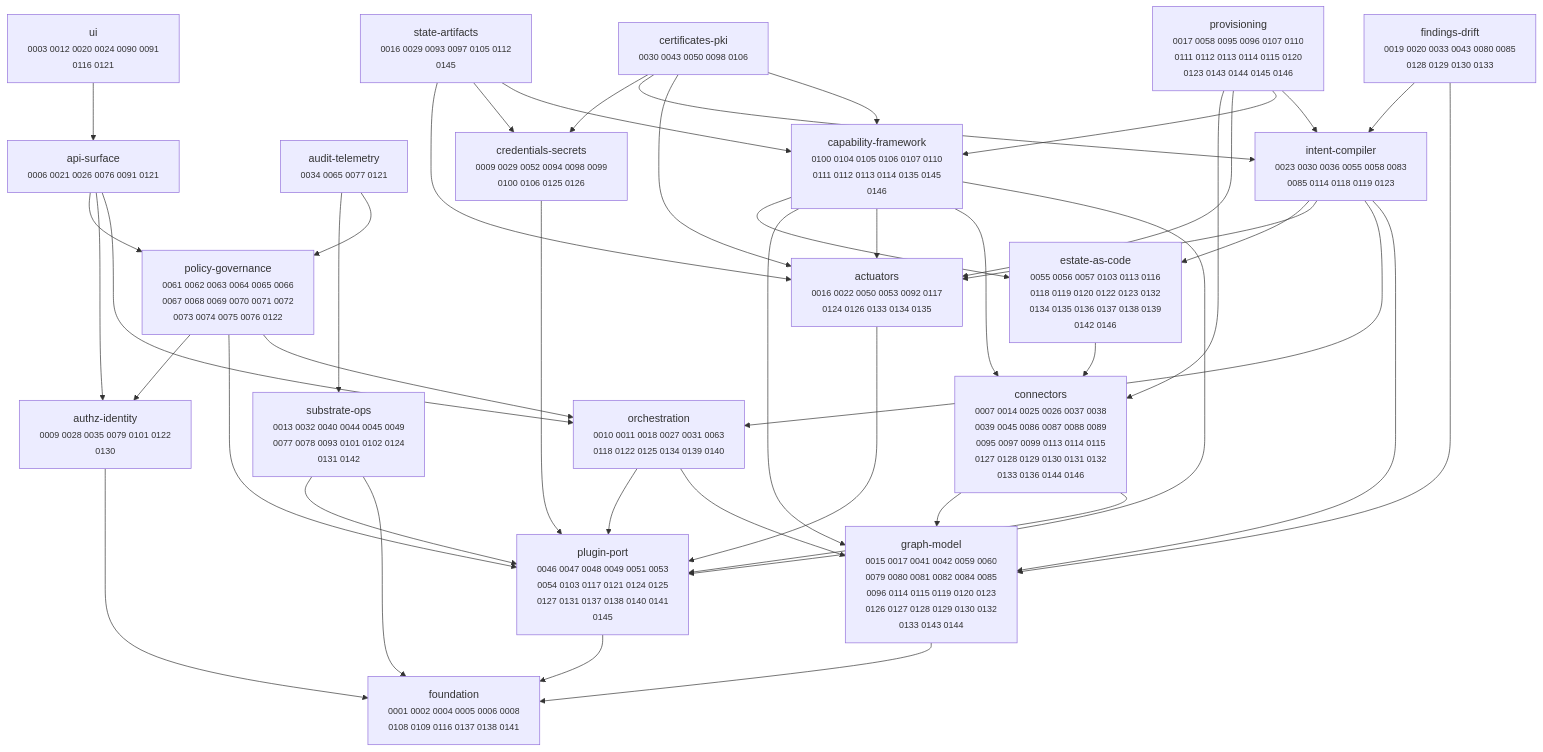
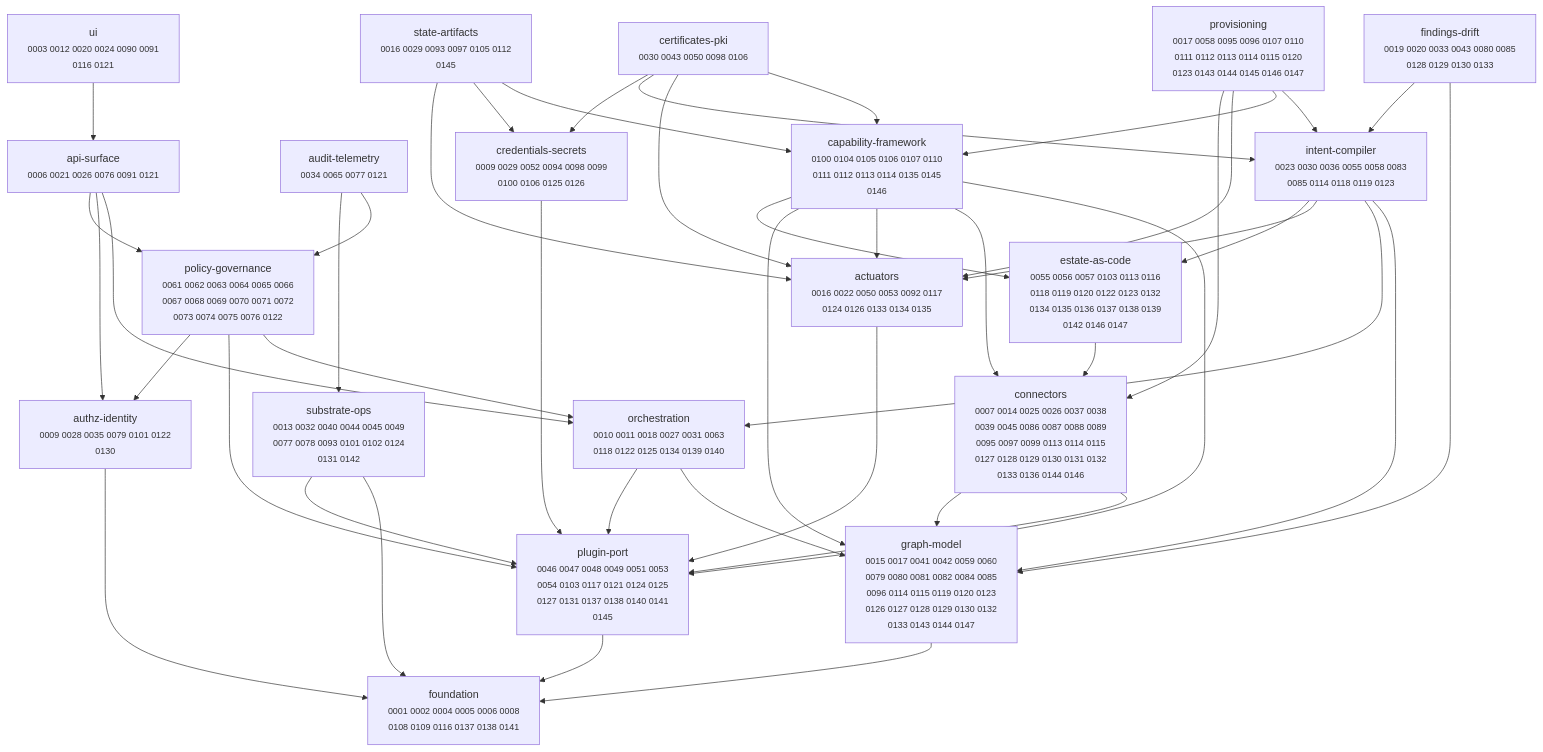
One commit to dstout-devops/stratt changed the diagram in docs/adr/MAP.md. Above: the diagram before and after it, drawn with Mermaid. The commit also changed other lines of this file and 17 other files, not shown here.

````diff
--- a/docs/adr/MAP.md
+++ b/docs/adr/MAP.md
@@ -11,67 +11,67 @@
 ```mermaid
 graph TD
   actuators["actuators<br/><small>0016 0022 0050 0053 0092 0117<br/>0124 0126 0133 0134 0135</small>"]
   api_surface["api-surface<br/><small>0006 0021 0026 0076 0091 0121</small>"]
   audit_telemetry["audit-telemetry<br/><small>0034 0065 0077 0121</small>"]
   authz_identity["authz-identity<br/><small>0009 0028 0035 0079 0101 0122<br/>0130</small>"]
   capability_framework["capability-framework<br/><small>0100 0104 0105 0106 0107 0110<br/>0111 0112 0113 0114 0135 0145<br/>0146</small>"]
   certificates_pki["certificates-pki<br/><small>0030 0043 0050 0098 0106</small>"]
   connectors["connectors<br/><small>0007 0014 0025 0026 0037 0038<br/>0039 0045 0086 0087 0088 0089<br/>0095 0097 0099 0113 0114 0115<br/>0127 0128 0129 0130 0131 0132<br/>0133 0136 0144 0146</small>"]
   credentials_secrets["credentials-secrets<br/><small>0009 0029 0052 0094 0098 0099<br/>0100 0106 0125 0126</small>"]
-  estate_as_code["estate-as-code<br/><small>0055 0056 0057 0103 0113 0116<br/>0118 0119 0120 0122 0123 0132<br/>0134 0135 0136 0137 0138 0139<br/>0142 0146</small>"]
+  estate_as_code["estate-as-code<br/><small>0055 0056 0057 0103 0113 0116<br/>0118 0119 0120 0122 0123 0132<br/>0134 0135 0136 0137 0138 0139<br/>0142 0146 0147</small>"]
   findings_drift["findings-drift<br/><small>0019 0020 0033 0043 0080 0085<br/>0128 0129 0130 0133</small>"]
   foundation["foundation<br/><small>0001 0002 0004 0005 0006 0008<br/>0108 0109 0116 0137 0138 0141</small>"]
-  graph_model["graph-model<br/><small>0015 0017 0041 0042 0059 0060<br/>0079 0080 0081 0082 0084 0085<br/>0096 0114 0115 0119 0120 0123<br/>0126 0127 0128 0129 0130 0132<br/>0133 0143 0144</small>"]
+  graph_model["graph-model<br/><small>0015 0017 0041 0042 0059 0060<br/>0079 0080 0081 0082 0084 0085<br/>0096 0114 0115 0119 0120 0123<br/>0126 0127 0128 0129 0130 0132<br/>0133 0143 0144 0147</small>"]
   intent_compiler["intent-compiler<br/><small>0023 0030 0036 0055 0058 0083<br/>0085 0114 0118 0119 0123</small>"]
   orchestration["orchestration<br/><small>0010 0011 0018 0027 0031 0063<br/>0118 0122 0125 0134 0139 0140</small>"]
   plugin_port["plugin-port<br/><small>0046 0047 0048 0049 0051 0053<br/>0054 0103 0117 0121 0124 0125<br/>0127 0131 0137 0138 0140 0141<br/>0145</small>"]
   policy_governance["policy-governance<br/><small>0061 0062 0063 0064 0065 0066<br/>0067 0068 0069 0070 0071 0072<br/>0073 0074 0075 0076 0122</small>"]
-  provisioning["provisioning<br/><small>0017 0058 0095 0096 0107 0110<br/>0111 0112 0113 0114 0115 0120<br/>0123 0143 0144 0145 0146</small>"]
+  provisioning["provisioning<br/><small>0017 0058 0095 0096 0107 0110<br/>0111 0112 0113 0114 0115 0120<br/>0123 0143 0144 0145 0146 0147</small>"]
   state_artifacts["state-artifacts<br/><small>0016 0029 0093 0097 0105 0112<br/>0145</small>"]
   substrate_ops["substrate-ops<br/><small>0013 0032 0040 0044 0045 0049<br/>0077 0078 0093 0101 0102 0124<br/>0131 0142</small>"]
   ui["ui<br/><small>0003 0012 0020 0024 0090 0091<br/>0116 0121</small>"]
 
   actuators --> plugin_port
   api_surface --> orchestration
   api_surface --> authz_identity
   api_surface --> policy_governance
   audit_telemetry --> policy_governance
   audit_telemetry --> substrate_ops
   authz_identity --> foundation
   capability_framework --> plugin_port
   capability_framework --> connectors
   capability_framework --> actuators
   capability_framework --> graph_model
   capability_framework --> estate_as_code
   certificates_pki --> capability_framework
   certificates_pki --> actuators
   certificates_pki --> intent_compiler
   certificates_pki --> credentials_secrets
   connectors --> plugin_port
   connectors --> graph_model
   credentials_secrets --> plugin_port
   estate_as_code --> connectors
   findings_drift --> graph_model
   findings_drift --> intent_compiler
   graph_model --> foundation
   intent_compiler --> graph_model
   intent_compiler --> orchestration
   intent_compiler --> actuators
   intent_compiler --> estate_as_code
   orchestration --> graph_model
   orchestration --> plugin_port
   plugin_port --> foundation
   policy_governance --> orchestration
   policy_governance --> plugin_port
   policy_governance --> authz_identity
   provisioning --> intent_compiler
   provisioning --> capability_framework
   provisioning --> actuators
   provisioning --> connectors
   state_artifacts --> capability_framework
   state_artifacts --> credentials_secrets
   state_artifacts --> actuators
   substrate_ops --> foundation
   substrate_ops --> plugin_port
   ui --> api_surface
 ```
````
